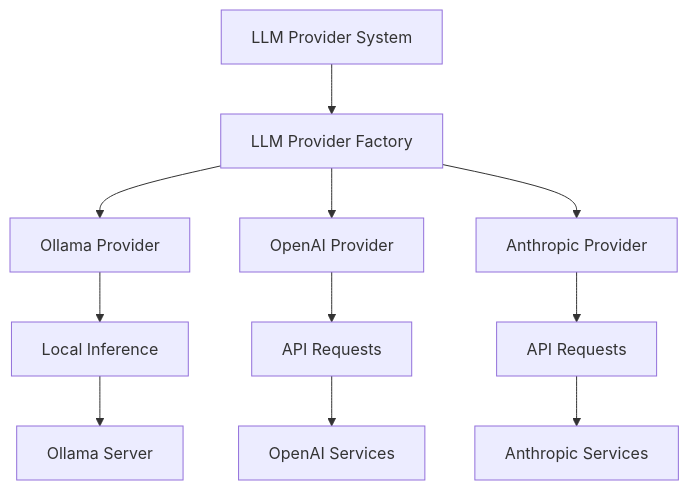
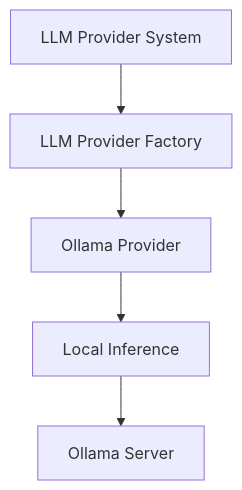
Before and after one commit to Aronnaxx/d00t: the second of 3 diagrams in duck_vla/README.md, drawn with Mermaid. The commit also changed other lines of this file and 8 other files, not shown here.

````diff
--- a/duck_vla/README.md
+++ b/duck_vla/README.md
@@ -94,15 +85,7 @@
 ```mermaid
 graph TD
     A[LLM Provider System] --> B[LLM Provider Factory]
     B --> C[Ollama Provider]
-    B --> D[OpenAI Provider]
-    B --> E[Anthropic Provider]
-    
     C --> F[Local Inference]
-    D --> G[API Requests]
-    E --> H[API Requests]
-    
     F --> I[Ollama Server]
-    G --> J[OpenAI Services]
-    H --> K[Anthropic Services]
 ```
````
